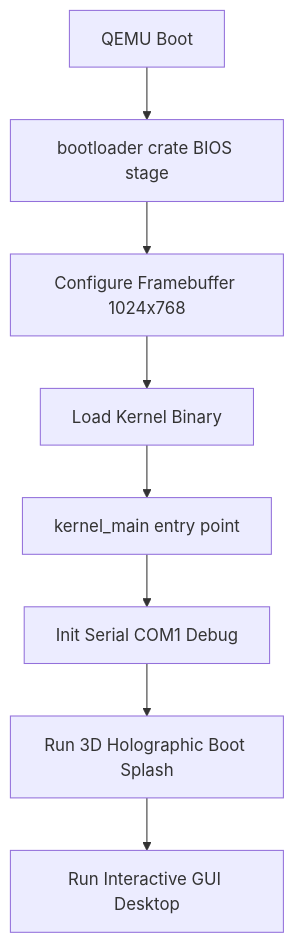
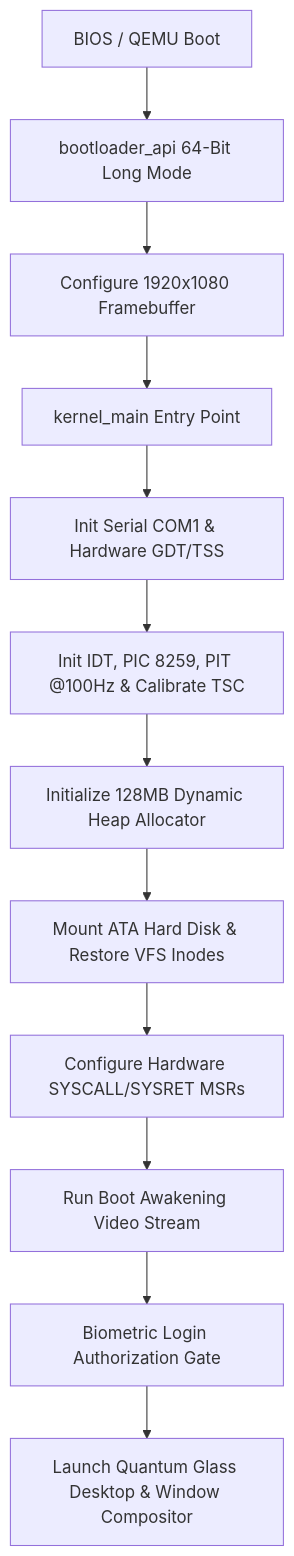
The diagram in docs/architecture.md (atulyaai/Atulya-OS), drawn with Mermaid before and after one commit. The commit also changed other lines of this file and 1 other file, not shown here.

Commit message:
docs: reconcile system architecture, roadmap, and verified implementation status matrix

````diff
--- a/docs/architecture.md
+++ b/docs/architecture.md
@@ -34,10 +60,14 @@
 ```mermaid
 graph TD
-    A[QEMU Boot] --> B[bootloader crate BIOS stage]
-    B --> C[Configure Framebuffer 1024x768]
-    C --> D[Load Kernel Binary]
-    D --> E[kernel_main entry point]
-    E --> F[Init Serial COM1 Debug]
-    F --> G[Run 3D Holographic Boot Splash]
-    G --> H[Run Interactive GUI Desktop]
+    A[BIOS / QEMU Boot] --> B[bootloader_api 64-Bit Long Mode]
+    B --> C[Configure 1920x1080 Framebuffer]
+    C --> D[kernel_main Entry Point]
+    D --> E[Init Serial COM1 & Hardware GDT/TSS]
+    E --> F[Init IDT, PIC 8259, PIT @100Hz & Calibrate TSC]
+    F --> G[Initialize 128MB Dynamic Heap Allocator]
+    G --> H[Mount ATA Hard Disk & Restore VFS Inodes]
+    H --> I[Configure Hardware SYSCALL/SYSRET MSRs]
+    I --> J[Run Boot Awakening Video Stream]
+    J --> K[Biometric Login Authorization Gate]
+    K --> L[Launch Quantum Glass Desktop & Window Compositor]
 ```
````
